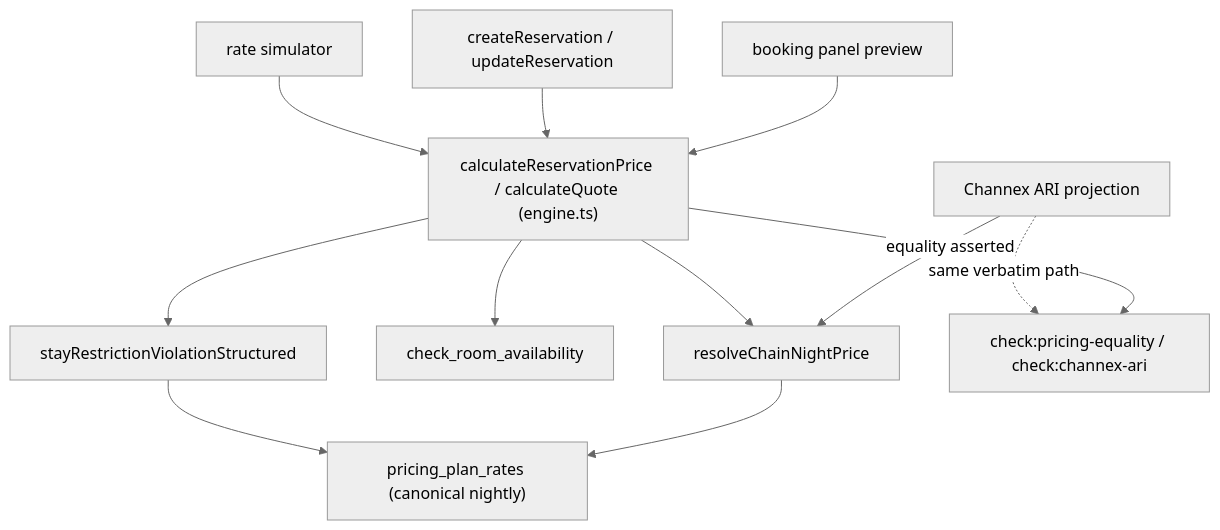
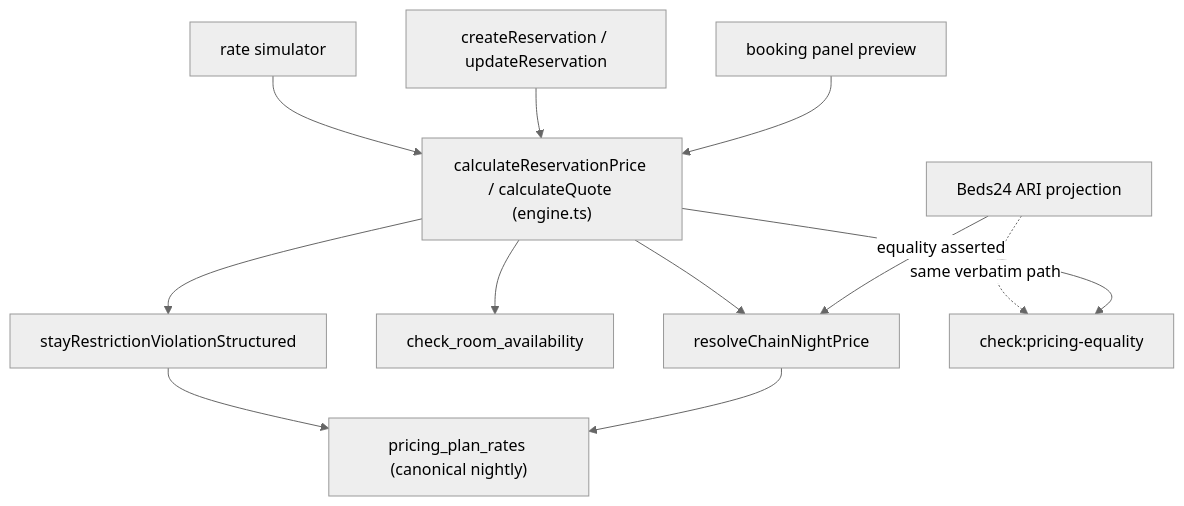
The diagram in docs/architecture/PRICING_AND_RESTRICTIONS.md (Ronus922/GuestHub), drawn with Mermaid (neutral theme) before and after one commit. The commit also changed other lines of this file and 43 other files, not shown here.

````diff
--- a/docs/architecture/PRICING_AND_RESTRICTIONS.md
+++ b/docs/architecture/PRICING_AND_RESTRICTIONS.md
@@ -57,14 +57,14 @@
 ```mermaid
 flowchart TD
     PANEL["booking panel preview"] --> ENG["calculateReservationPrice / calculateQuote (engine.ts)"]
     SAVE["createReservation / updateReservation"] --> ENG
     SIM["rate simulator"] --> ENG
-    ARI["Channex ARI projection"] --> RCN["resolveChainNightPrice"]
+    ARI["Beds24 ARI projection"] --> RCN["resolveChainNightPrice"]
     ENG --> RCN
     ENG --> AVAIL["check_room_availability"]
     ENG --> RESTR["stayRestrictionViolationStructured"]
     RCN --> PPR["pricing_plan_rates (canonical nightly)"]
     RESTR --> PPR
-    ENG -->|"equality asserted"| EQ["check:pricing-equality / check:channex-ari"]
+    ENG -->|"equality asserted"| EQ["check:pricing-equality"]
     ARI -.->|"same verbatim path"| EQ
 ```
````
